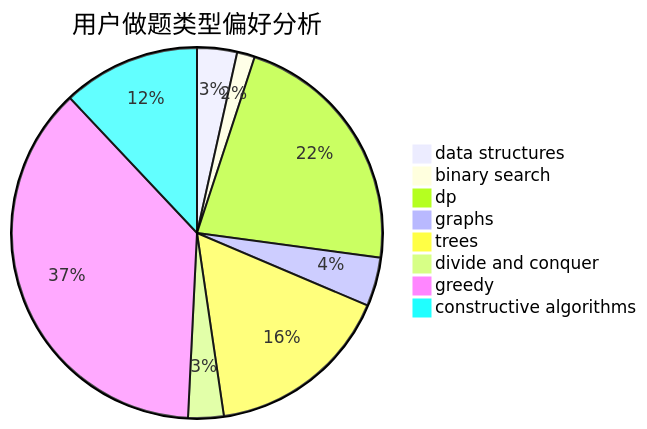
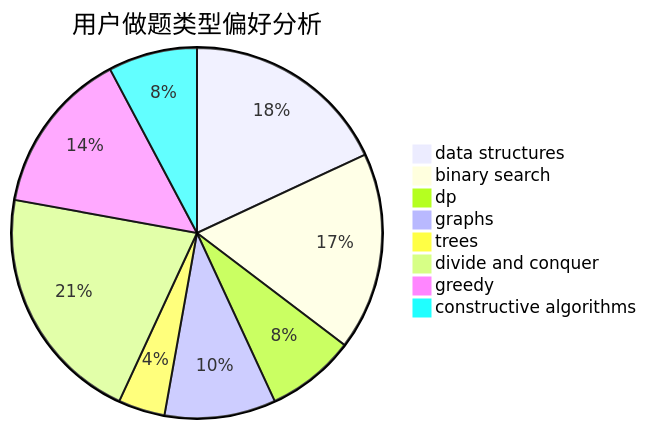
The second of 3 diagrams in docs/user/u1611.md (sherpahu/cfrs.github.io), drawn with Mermaid before and after one commit. The commit also changed other lines of this file and 2770 other files, not shown here.

````diff
--- a/docs/user/u1611.md
+++ b/docs/user/u1611.md
@@ -23,11 +23,11 @@
 ```mermaid
 pie title 用户做题类型偏好分析
-    "data structures" :  9
-    "binary search" :  4
-    "dp" :  57
-    "graphs" :  11
-    "trees" :  42
-    "divide and conquer" :  8
-    "greedy" :  96
-    "constructive algorithms" :  31
+    "data structures" :  93
+    "binary search" :  89
+    "dp" :  40
+    "graphs" :  50
+    "trees" :  21
+    "divide and conquer" :  108
+    "greedy" :  74
+    "constructive algorithms" :  40
 ```
````
